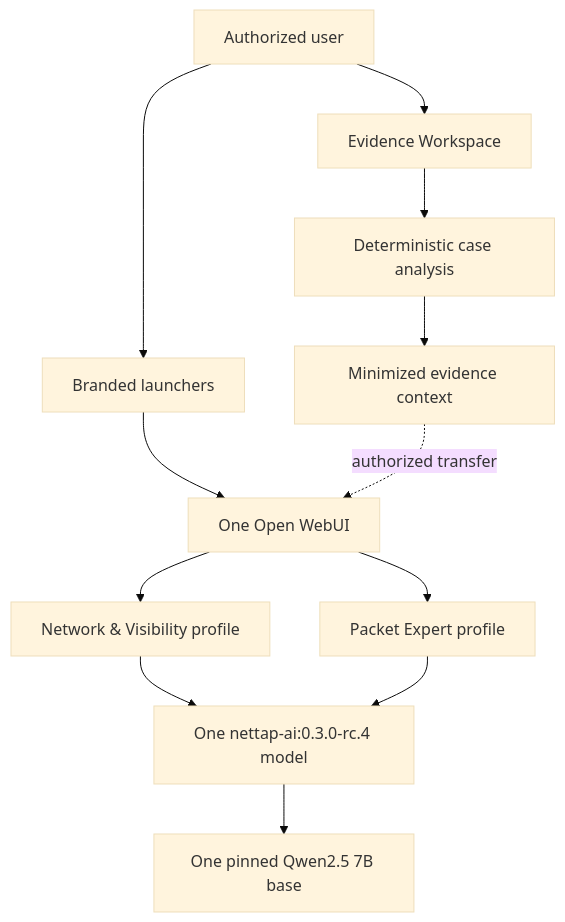
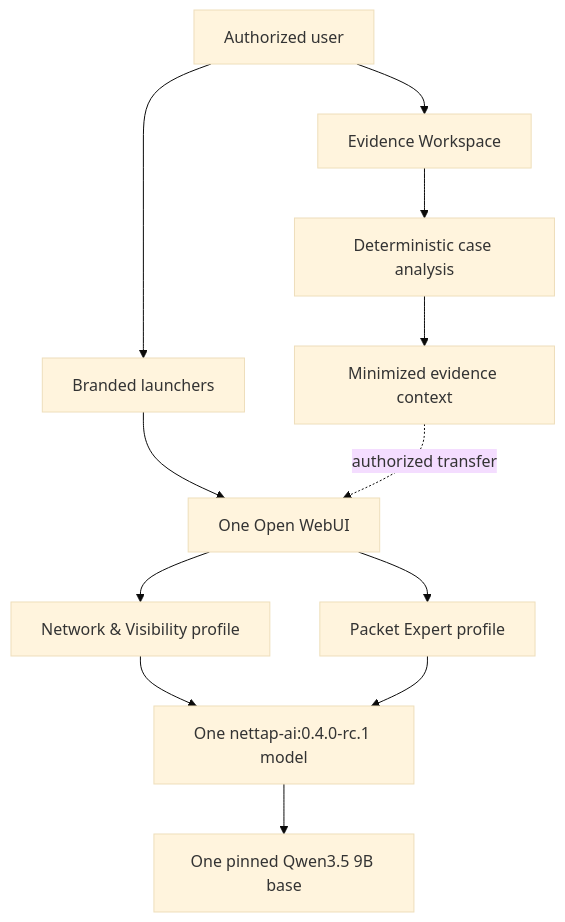
The diagram in README.md (mpdwyer2367/nettap-packet-expert), drawn with Mermaid (base theme) before and after one commit. The commit also changed other lines of this file and 57 other files, not shown here.

````diff
--- a/README.md
+++ b/README.md
@@ -20,14 +20,14 @@
 ```mermaid
 flowchart TB
     U["Authorized user"] --> L["Branded launchers"]
     L --> W["One Open WebUI"]
     W --> V["Network & Visibility profile"]
     W --> P["Packet Expert profile"]
-    V --> N["One nettap-ai:0.3.0-rc.4 model"]
+    V --> N["One nettap-ai:0.4.0-rc.1 model"]
     P --> N
-    N --> Q["One pinned Qwen2.5 7B base"]
+    N --> Q["One pinned Qwen3.5 9B base"]
     U --> E["Evidence Workspace"]
     E --> D["Deterministic case analysis"]
     D --> X["Minimized evidence context"]
     X -. "authorized transfer" .-> W
 ```
````
